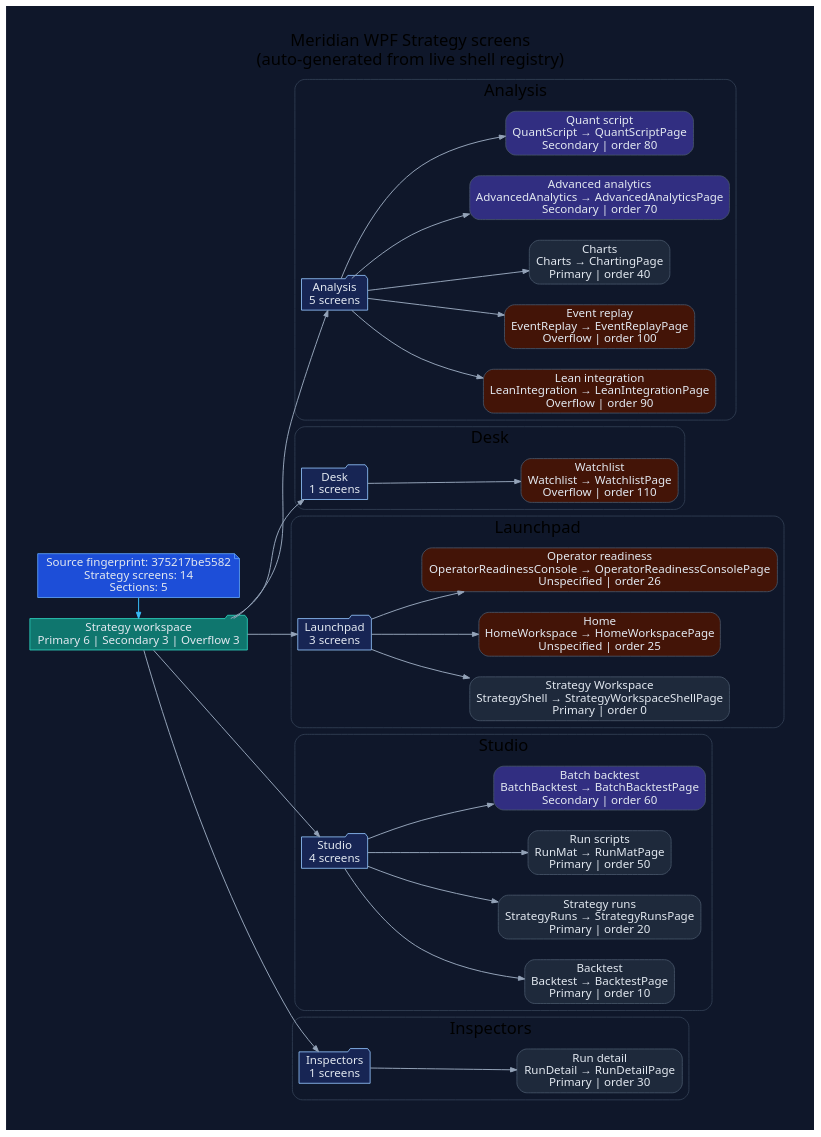
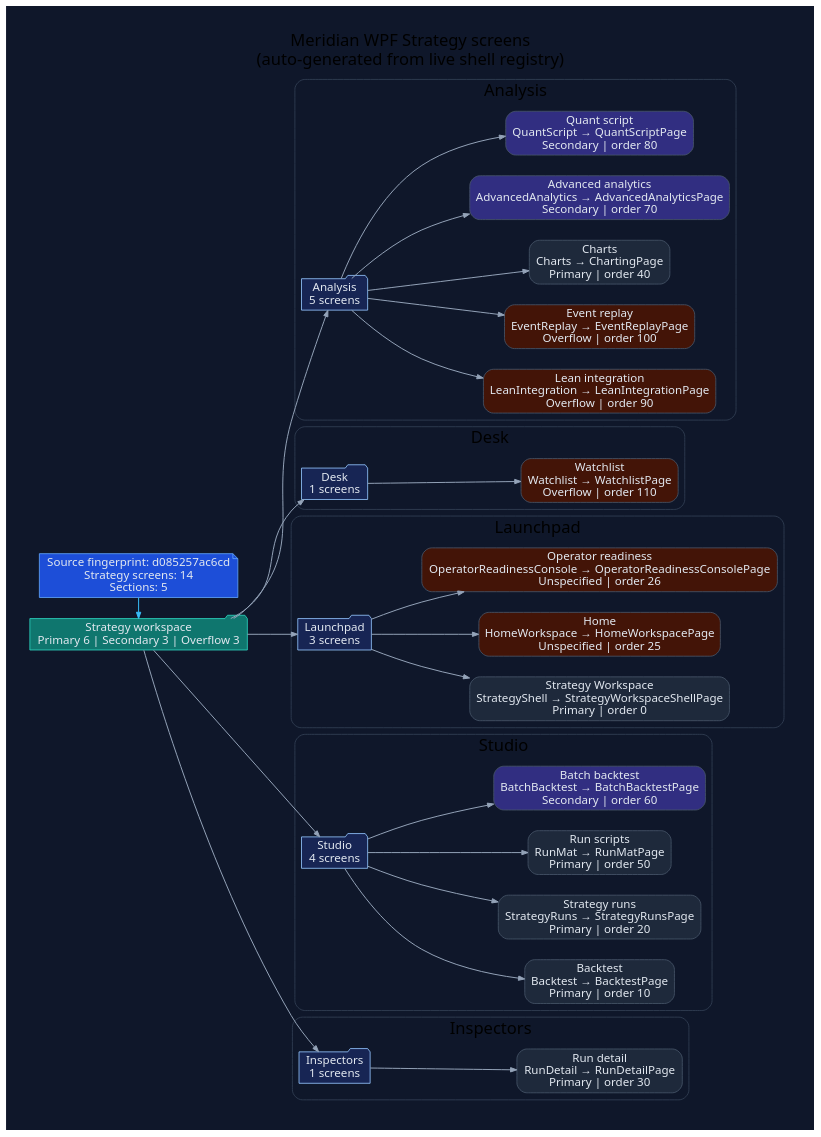
Before and after one commit to rodoHasArrived/Meridian-main: the diagram in docs/diagrams/ui-wpf-screens-strategy.dot, drawn with Graphviz. The commit also changed 191 other files, not shown here.

```diff
--- a/docs/diagrams/ui-wpf-screens-strategy.dot
+++ b/docs/diagrams/ui-wpf-screens-strategy.dot
@@ -1,94 +1,94 @@
 // -----------------------------------------------------------------------------
 // <auto-generated>
 // Generated by scripts/generate-diagrams.mjs.
 // Do not edit this file directly; update the WPF source files instead.
 // -----------------------------------------------------------------------------
 digraph WpfStrategyScreens {
   graph [
     rankdir=LR,
     labelloc=t,
     label="Meridian WPF Strategy screens\n(auto-generated from live shell registry)",
     fontname="Segoe UI",
     fontsize=20,
     pad=0.4,
     nodesep=0.35,
     ranksep=0.85,
     bgcolor="#0f172a"
   ];
   node [fontname="Segoe UI", shape=box, style="rounded,filled", color="#475569", fontcolor="#e2e8f0", fillcolor="#1e293b"];
   edge [fontname="Segoe UI", color="#94a3b8", penwidth=1.2, arrowsize=0.75];
 
-  generated [shape=note, fillcolor="#1d4ed8", color="#60a5fa", label="Source fingerprint: 375217be5582\nStrategy screens: 14\nSections: 5"];
+  generated [shape=note, fillcolor="#1d4ed8", color="#60a5fa", label="Source fingerprint: d085257ac6cd\nStrategy screens: 14\nSections: 5"];
   workspace [shape=folder, fillcolor="#0f766e", color="#2dd4bf", label="Strategy workspace\nPrimary 6 | Secondary 3 | Overflow 3"];
   generated -> workspace [color="#38bdf8"];
 
   subgraph cluster_section_1 {
     label="Analysis";
     color="#334155";
     style="rounded";
     section_1 [shape=folder, fillcolor="#172554", color="#93c5fd", label="Analysis\n5 screens"];
     workspace -> section_1;
     screen_LeanIntegration [fillcolor="#431407", label="Lean integration\nLeanIntegration → LeanIntegrationPage\nOverflow | order 90"];
     section_1 -> screen_LeanIntegration;
     screen_EventReplay [fillcolor="#431407", label="Event replay\nEventReplay → EventReplayPage\nOverflow | order 100"];
     section_1 -> screen_EventReplay;
     screen_Charts [fillcolor="#1e293b", label="Charts\nCharts → ChartingPage\nPrimary | order 40"];
     section_1 -> screen_Charts;
     screen_AdvancedAnalytics [fillcolor="#312e81", label="Advanced analytics\nAdvancedAnalytics → AdvancedAnalyticsPage\nSecondary | order 70"];
     section_1 -> screen_AdvancedAnalytics;
     screen_QuantScript [fillcolor="#312e81", label="Quant script\nQuantScript → QuantScriptPage\nSecondary | order 80"];
     section_1 -> screen_QuantScript;
   }
 
   subgraph cluster_section_2 {
     label="Desk";
     color="#334155";
     style="rounded";
     section_2 [shape=folder, fillcolor="#172554", color="#93c5fd", label="Desk\n1 screens"];
     workspace -> section_2;
     screen_Watchlist [fillcolor="#431407", label="Watchlist\nWatchlist → WatchlistPage\nOverflow | order 110"];
     section_2 -> screen_Watchlist;
   }
 
   subgraph cluster_section_3 {
     label="Launchpad";
     color="#334155";
     style="rounded";
     section_3 [shape=folder, fillcolor="#172554", color="#93c5fd", label="Launchpad\n3 screens"];
     workspace -> section_3;
     screen_StrategyShell [fillcolor="#1e293b", label="Strategy Workspace\nStrategyShell → StrategyWorkspaceShellPage\nPrimary | order 0"];
     section_3 -> screen_StrategyShell;
     screen_HomeWorkspace [fillcolor="#431407", label="Home\nHomeWorkspace → HomeWorkspacePage\nUnspecified | order 25"];
     section_3 -> screen_HomeWorkspace;
     screen_OperatorReadinessConsole [fillcolor="#431407", label="Operator readiness\nOperatorReadinessConsole → OperatorReadinessConsolePage\nUnspecified | order 26"];
     section_3 -> screen_OperatorReadinessConsole;
   }
 
   subgraph cluster_section_4 {
     label="Studio";
     color="#334155";
     style="rounded";
     section_4 [shape=folder, fillcolor="#172554", color="#93c5fd", label="Studio\n4 screens"];
     workspace -> section_4;
     screen_Backtest [fillcolor="#1e293b", label="Backtest\nBacktest → BacktestPage\nPrimary | order 10"];
     section_4 -> screen_Backtest;
     screen_StrategyRuns [fillcolor="#1e293b", label="Strategy runs\nStrategyRuns → StrategyRunsPage\nPrimary | order 20"];
     section_4 -> screen_StrategyRuns;
     screen_RunMat [fillcolor="#1e293b", label="Run scripts\nRunMat → RunMatPage\nPrimary | order 50"];
     section_4 -> screen_RunMat;
     screen_BatchBacktest [fillcolor="#312e81", label="Batch backtest\nBatchBacktest → BatchBacktestPage\nSecondary | order 60"];
     section_4 -> screen_BatchBacktest;
   }
 
   subgraph cluster_section_5 {
     label="Inspectors";
     color="#334155";
     style="rounded";
     section_5 [shape=folder, fillcolor="#172554", color="#93c5fd", label="Inspectors\n1 screens"];
     workspace -> section_5;
     screen_RunDetail [fillcolor="#1e293b", label="Run detail\nRunDetail → RunDetailPage\nPrimary | order 30"];
     section_5 -> screen_RunDetail;
   }
 
   { rank=min; generated; workspace; }
 }
```
